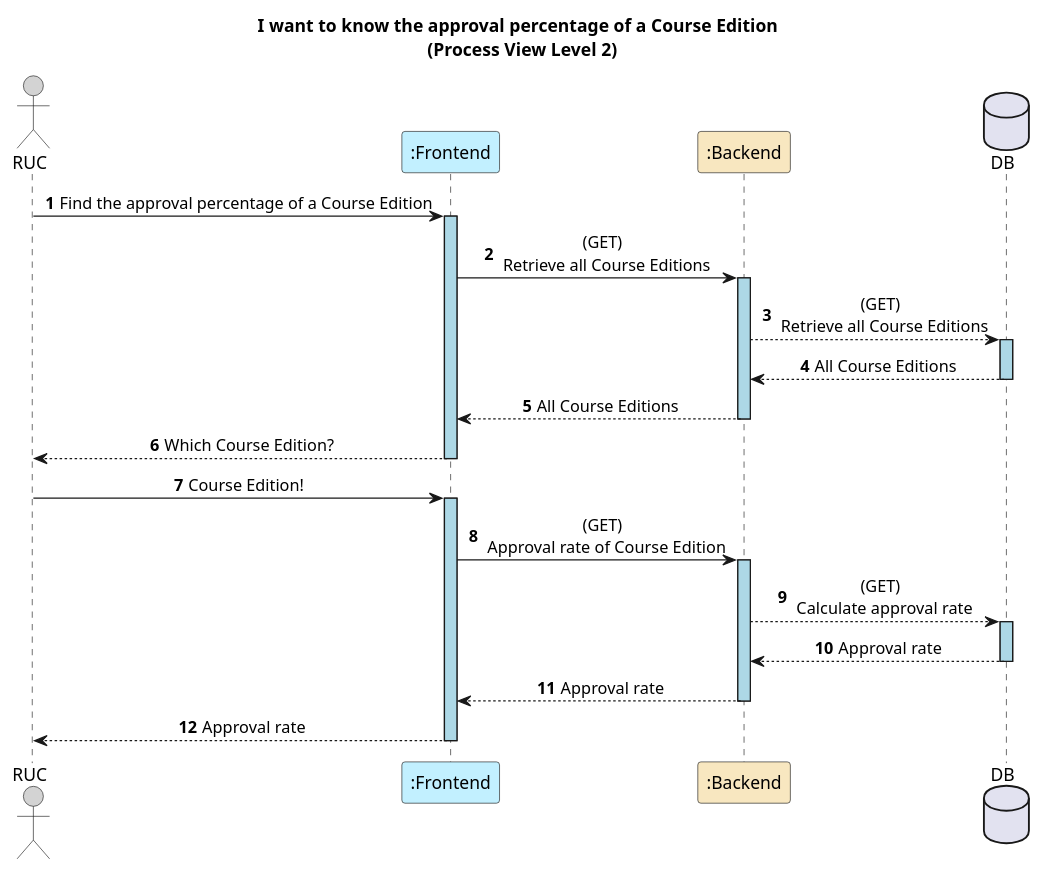
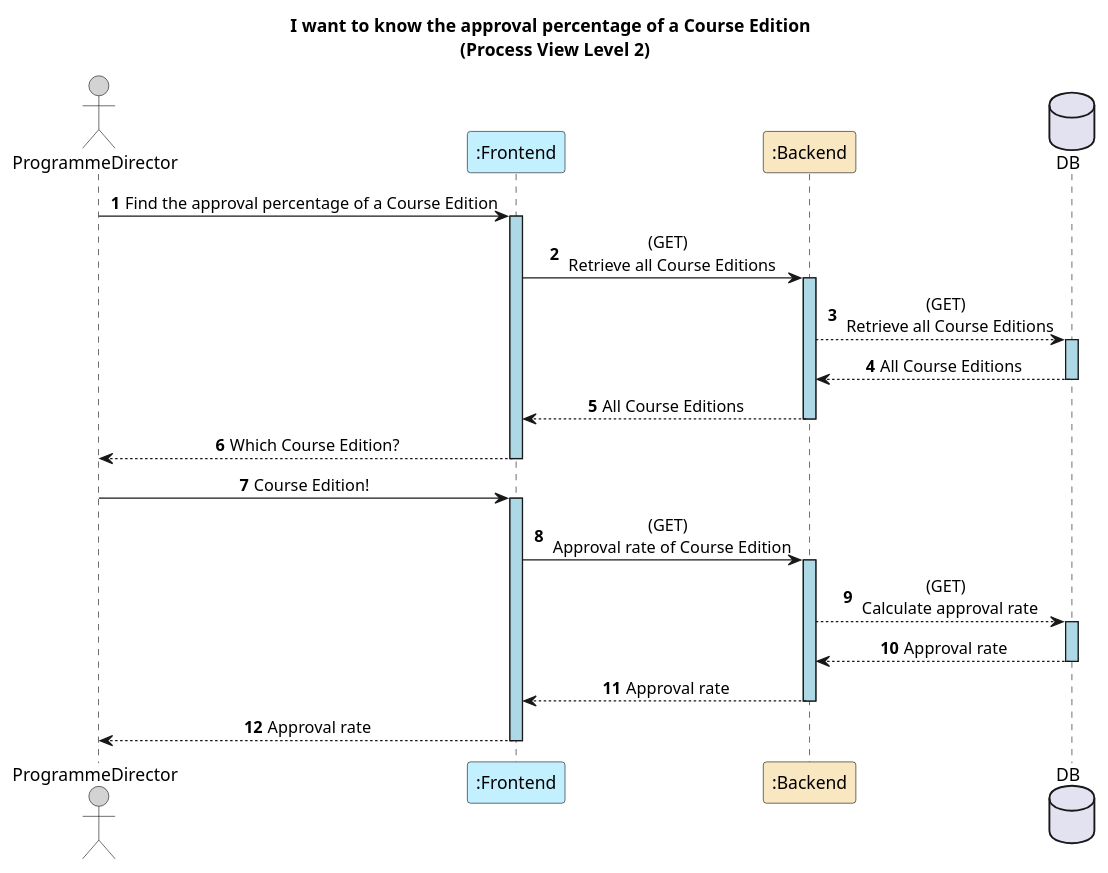
Before and after one commit to GasparISEP/DevOps-PAI: the diagram in docs/US23/REST_API/ProcessView/Level2.puml, drawn with PlantUML. The commit also changed 2 other files, not shown here.

Commit message:
Update Actor's name in diagrams. Refs #565

```diff
--- a/docs/US23/REST_API/ProcessView/Level2.puml
+++ b/docs/US23/REST_API/ProcessView/Level2.puml
@@ -1,40 +1,40 @@
 @startuml
 autonumber
 skinparam sequenceMessageAlign center
 skinparam sequenceLifeLineBackgroundColor lightblue
 title: I want to know the approval percentage of a Course Edition \n (Process View Level 2)
-actor RUC as RUC #lightgrey
+actor ProgrammeDirector as ProgrammeDirector #lightgrey
 
 participant ":Frontend" as FE #application
 participant ":Backend" as BE #strategy
 database DB
 
 
-RUC -> FE : Find the approval percentage of a Course Edition
+ProgrammeDirector -> FE : Find the approval percentage of a Course Edition
 activate FE
 FE -> BE : (GET) \n Retrieve all Course Editions
 activate BE
 BE --> DB : (GET) \n Retrieve all Course Editions
 activate DB
 DB --> BE : All Course Editions
 deactivate DB
 BE --> FE : All Course Editions
 deactivate BE
-FE --> RUC : Which Course Edition?
+FE --> ProgrammeDirector : Which Course Edition?
 deactivate FE
 
-RUC -> FE: Course Edition!
+ProgrammeDirector -> FE: Course Edition!
 activate FE
 FE -> BE : (GET) \n Approval rate of Course Edition
 activate BE
 BE --> DB : (GET) \n Calculate approval rate
 activate DB
 DB --> BE :Approval rate
 deactivate DB
 BE --> FE : Approval rate
 deactivate BE
-FE --> RUC : Approval rate
+FE --> ProgrammeDirector : Approval rate
 deactivate FE
 
 
 @enduml
```
